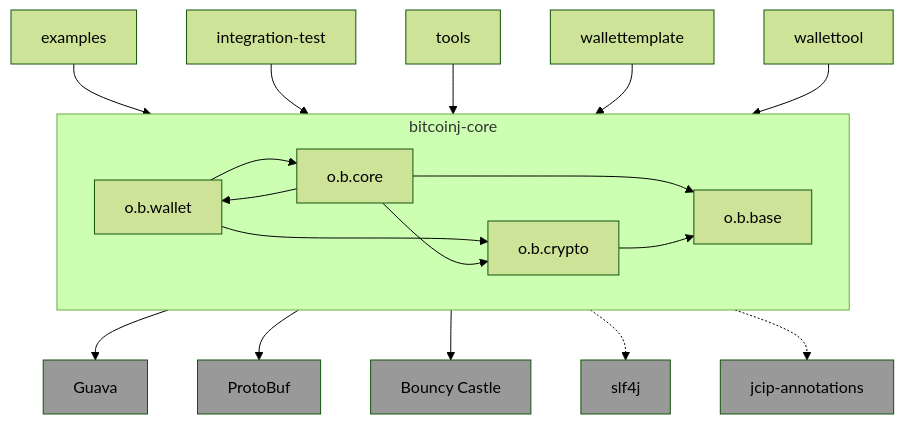
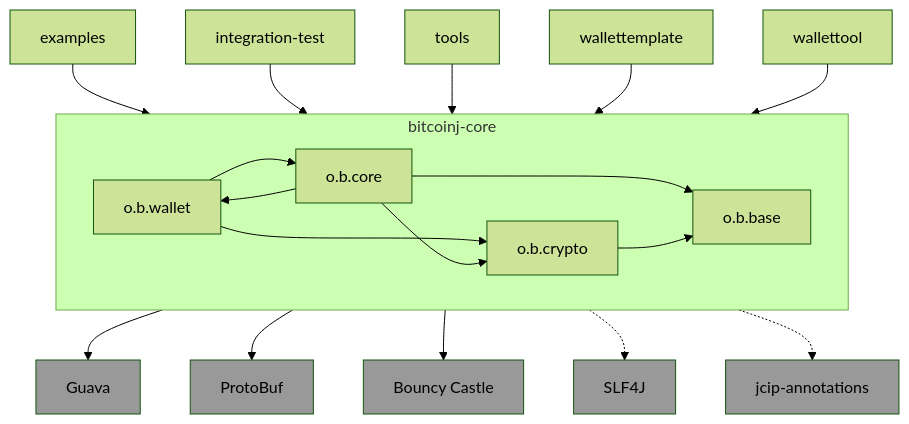
The second of 4 diagrams in designdocs/modular-architecture.md (bitcoinj/bitcoinj), drawn with Mermaid (forest theme) before and after one commit. The commit also changed other lines of this file, not shown here.

First line of the commit message:
modular-architecture.md: make SLF4J uppercase

`````diff
--- a/designdocs/modular-architecture.md
+++ b/designdocs/modular-architecture.md
@@ -37,24 +37,24 @@
 ````mermaid
 flowchart TD
     E[examples] --> CORE
     IT[integration-test] --> CORE
     T[tools] --> CORE
     FX[wallettemplate] --> CORE
     WT[wallettool] --> CORE
     subgraph CORE [bitcoinj-core]
         W[o.b.wallet] --> CO[o.b.core]
         CO --> W
         W --> CR
         CO --> CR
         CO --> B[o.b.base]
         CR[o.b.crypto] --> B
     end
     CORE --> G[Guava]
     CORE --> P[ProtoBuf]
     CORE --> BC[Bouncy Castle]
-    CORE .-> S[slf4j]
+    CORE .-> S[SLF4J]
     CORE .-> A[jcip-annotations]
 
 classDef external fill:#999;
 class G,S,A,BC,P external;
 ````
`````
